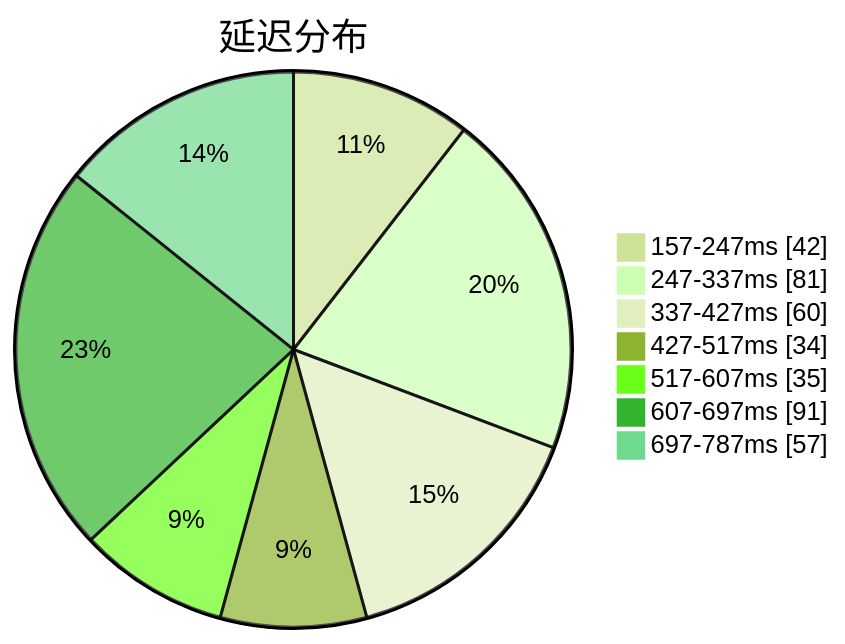
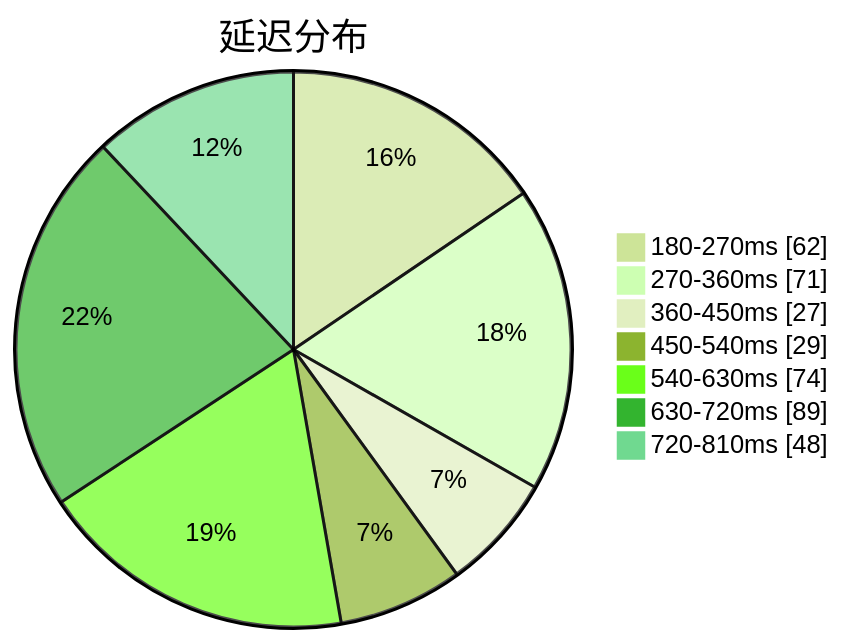
One commit to qjlxg/airport changed the first of 3 diagrams in subs/statistics/tested_within.md. Above: the diagram before and after it, drawn with Mermaid (forest theme). The commit also changed other lines of this file and 2 other files, not shown here.

````diff
--- a/subs/statistics/tested_within.md
+++ b/subs/statistics/tested_within.md
@@ -2,11 +2,11 @@
 ```mermaid
 pie showData
 title 延迟分布
-"157-247ms" : 42
-"247-337ms" : 81
-"337-427ms" : 60
-"427-517ms" : 34
-"517-607ms" : 35
-"607-697ms" : 91
-"697-787ms" : 57
+"180-270ms" : 62
+"270-360ms" : 71
+"360-450ms" : 27
+"450-540ms" : 29
+"540-630ms" : 74
+"630-720ms" : 89
+"720-810ms" : 48
 ```
````
